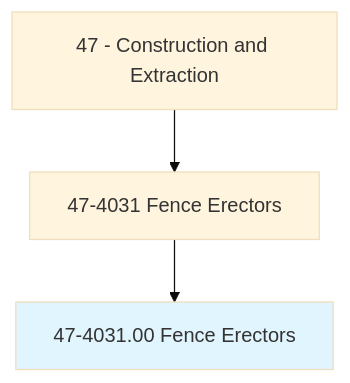
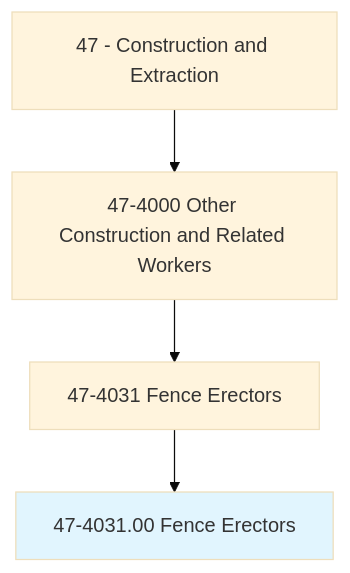
One commit to kziemski/business.org.ai changed the first of 4 diagrams in occupations/Construction/FenceErectors.mdx. Above: the diagram before and after it, drawn with Mermaid (base theme). The commit also changed other lines of this file and 938 other files, not shown here.

````diff
--- a/occupations/Construction/FenceErectors.mdx
+++ b/occupations/Construction/FenceErectors.mdx
@@ -19,6 +23,7 @@
 ```mermaid
 graph TD
-    Cat47["47 - Construction and Extraction"] --> Group474031["47-4031 Fence Erectors"]
-    Group474031 --> Current["47-4031.00 Fence Erectors"]
+    Cat47["47 - Construction and Extraction"] --> Group474["47-4000 Other Construction and Related Workers"]
+    Group474 --> Group4740["47-4031 Fence Erectors"]
+    Group4740 --> Current["47-4031.00 Fence Erectors"]
     style Current fill:#e1f5fe
 ```
````
